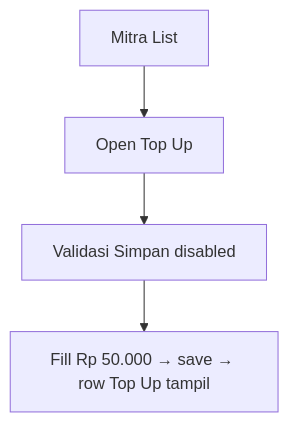
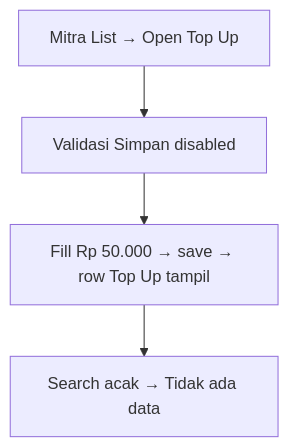
One commit to rogo-s/Qa-Automation-Kickstarter changed the fourth of 8 diagrams in docs/user-guide/biller-agg.md. Above: the diagram before and after it, drawn with Mermaid. The commit also changed other lines of this file and 1 other file, not shown here.

Commit message:
docs: biller-agg user guide v1.1 detail lengkap per menu + flowchart + sesi validasi terpisah, 15K md + 44K docx

````diff
--- a/docs/user-guide/biller-agg.md
+++ b/docs/user-guide/biller-agg.md
@@ -112,6 +144,6 @@
 ```mermaid
 flowchart TD
-    A[Mitra List] --> B[Open Top Up]
-    B --> C[Validasi Simpan disabled]
-    C --> D[Fill Rp 50.000 → save → row Top Up tampil]
+    A[Mitra List → Open Top Up] --> B[Validasi Simpan disabled]
+    B --> C[Fill Rp 50.000 → save → row Top Up tampil]
+    C --> D[Search acak → Tidak ada data]
 ```
````
